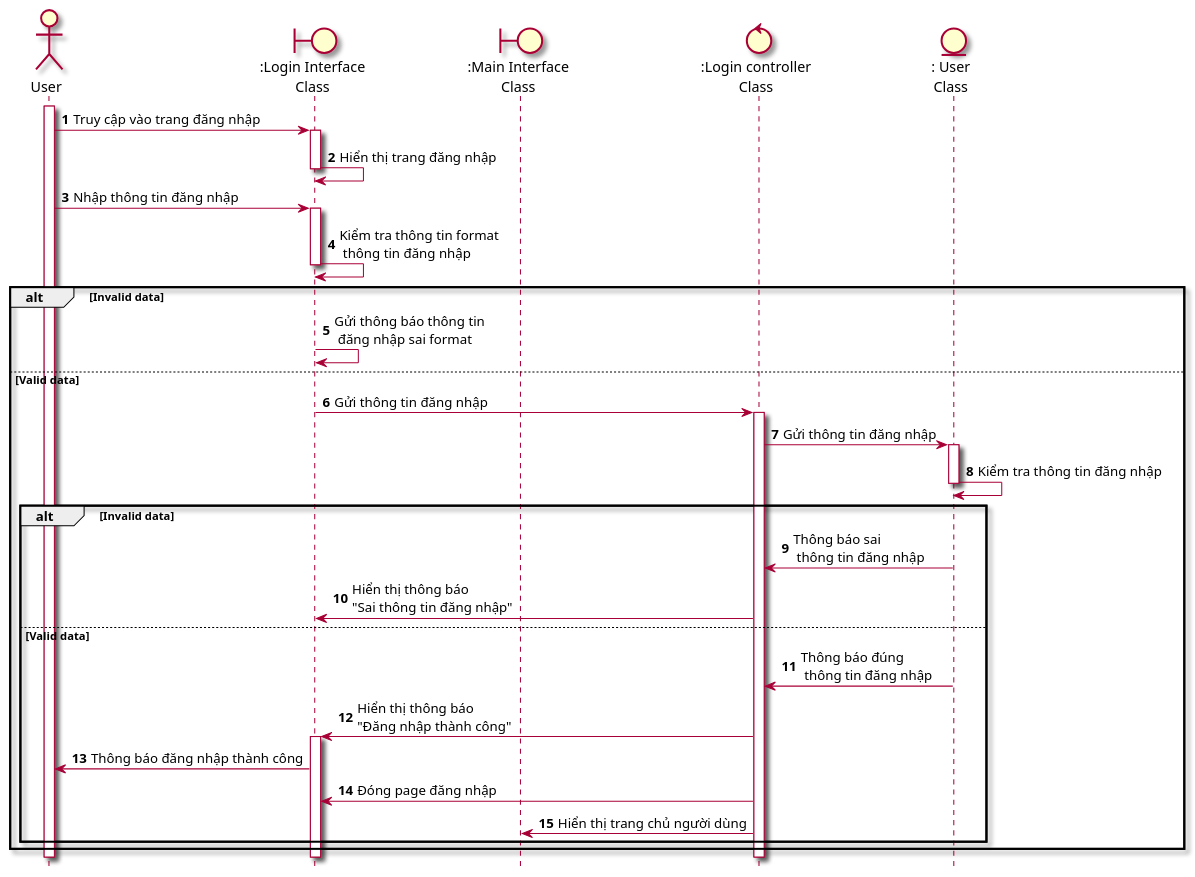
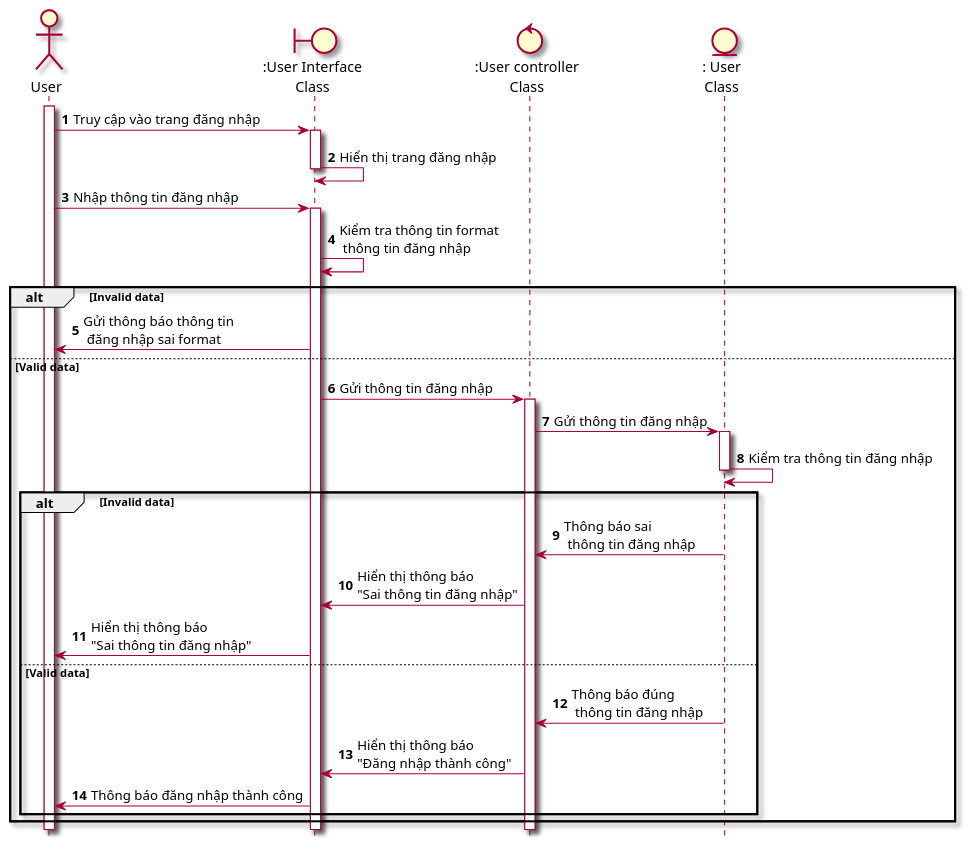
Before and after one commit to Griselda4774/EAS-EmploymentAssistanceSystem: the diagram in Lab1/Lab 1.2 Diagram/Sequence/FilePUML/1.3 SeqDangNhap.puml, drawn with PlantUML. The commit also changed 12 other files, not shown here.

```diff
--- a/Lab1/Lab 1.2 Diagram/Sequence/FilePUML/1.3 SeqDangNhap.puml
+++ b/Lab1/Lab 1.2 Diagram/Sequence/FilePUML/1.3 SeqDangNhap.puml
@@ -1,33 +1,31 @@
 @startuml SeqDangNhap
 skin rose
 hide footbox
 
 actor user as "User"
-boundary loginInterface as ":Login Interface\nClass"
-boundary mainInterface as ":Main Interface\nClass"
-control loginControl as ":Login controller\nClass"
+boundary userInterface as ":User Interface\nClass"
+control userController as ":User controller\nClass"
 entity User as ": User\nClass"
 autonumber
 user++
-user -> loginInterface++: Truy cập vào trang đăng nhập
-loginInterface -> loginInterface--: Hiển thị trang đăng nhập
-user -> loginInterface++: Nhập thông tin đăng nhập
-loginInterface -> loginInterface--: Kiểm tra thông tin format\n thông tin đăng nhập
+user -> userInterface++: Truy cập vào trang đăng nhập
+userInterface -> userInterface--: Hiển thị trang đăng nhập
+user -> userInterface++: Nhập thông tin đăng nhập
+userInterface -> userInterface: Kiểm tra thông tin format\n thông tin đăng nhập
 alt Invalid data
-    loginInterface -> loginInterface: Gửi thông báo thông tin\n đăng nhập sai format
+    userInterface -> user: Gửi thông báo thông tin\n đăng nhập sai format
 else Valid data
-    loginInterface -> loginControl++: Gửi thông tin đăng nhập
-    loginControl -> User++: Gửi thông tin đăng nhập
+    userInterface -> userController++: Gửi thông tin đăng nhập
+    userController -> User++: Gửi thông tin đăng nhập
     User -> User--: Kiểm tra thông tin đăng nhập
     alt Invalid data
-        User -> loginControl: Thông báo sai\n thông tin đăng nhập
-        loginControl -> loginInterface: Hiển thị thông báo \n"Sai thông tin đăng nhập"
+        User -> userController: Thông báo sai\n thông tin đăng nhập
+        userController -> userInterface: Hiển thị thông báo \n"Sai thông tin đăng nhập"
+        userInterface -> user: Hiển thị thông báo \n"Sai thông tin đăng nhập"
     else Valid data
-        User -> loginControl: Thông báo đúng\n thông tin đăng nhập
-        loginControl -> loginInterface++: Hiển thị thông báo\n"Đăng nhập thành công"
-        loginInterface -> user: Thông báo đăng nhập thành công
-        loginControl -> loginInterface: Đóng page đăng nhập
-        loginControl -> mainInterface: Hiển thị trang chủ người dùng
+        User -> userController: Thông báo đúng\n thông tin đăng nhập
+        userController -> userInterface: Hiển thị thông báo\n"Đăng nhập thành công"
+        userInterface -> user: Thông báo đăng nhập thành công
     end
 end
 @enduml
```
